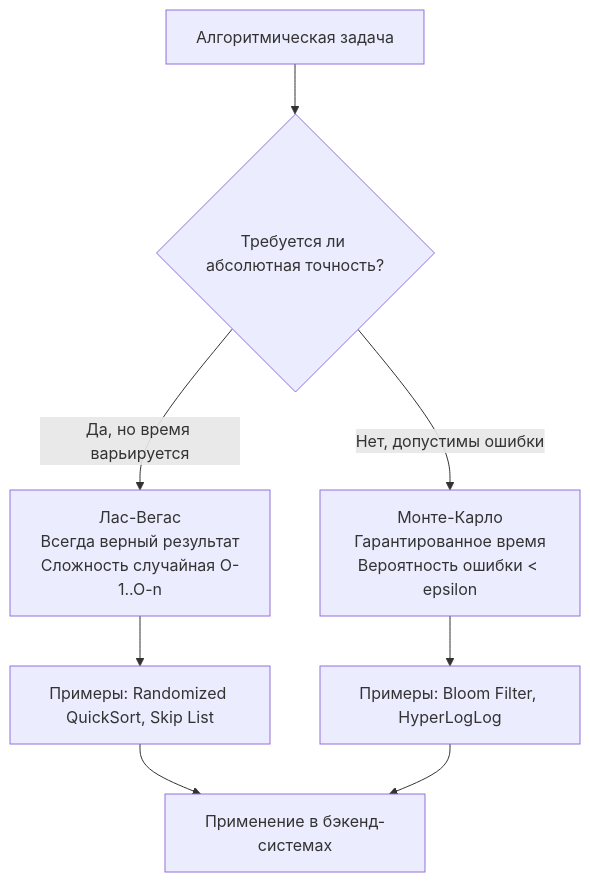
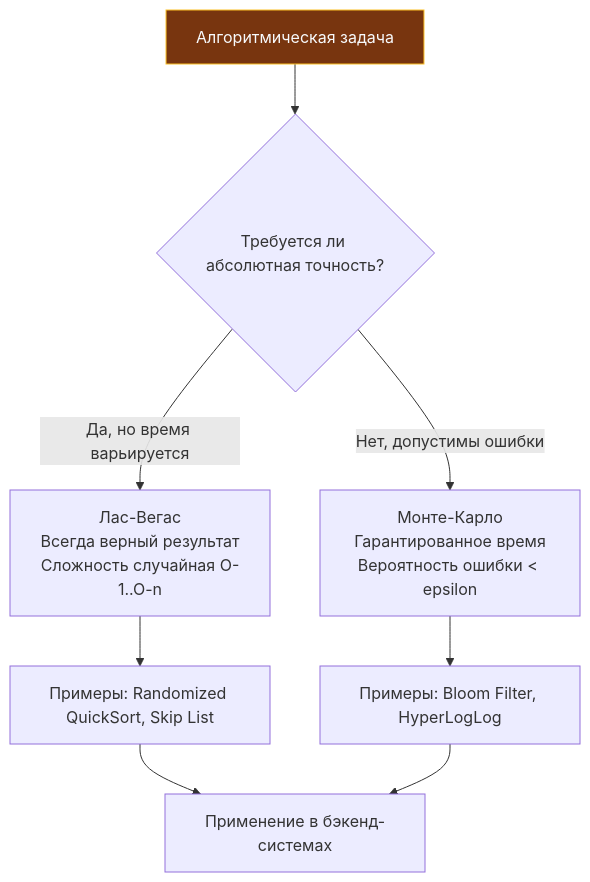
The first of 2 diagrams in sources/21. Задачи с LeetCode и собеседований на Go/02. Задачи/27. Рандомизированные алгоритмы/1. Теория. Рандомизированные алгоритмы.md (UnrealTemplier/go-textbook), drawn with Mermaid before and after one commit. The commit also changed other lines of this file and 1666 other files, not shown here.

First line of the commit message:
feat(mermaid): add semantic color classDef to 1369 colorless flowchart/graph diagrams

````diff
--- a/sources/21. Задачи с LeetCode и собеседований на Go/02. Задачи/27. Рандомизированные алгоритмы/1. Теория. Рандомизированные алгоритмы.md
+++ b/sources/21. Задачи с LeetCode и собеседований на Go/02. Задачи/27. Рандомизированные алгоритмы/1. Теория. Рандомизированные алгоритмы.md
@@ -5,10 +5,20 @@
 ```mermaid
 flowchart TD
-  A["Алгоритмическая задача"] --> B{"Требуется ли абсолютная точность?"}
+    classDef process  fill:#1e293b,stroke:#38bdf8,stroke-width:1px,color:#f8fafc
+    classDef success  fill:#064e3b,stroke:#34d399,stroke-width:1px,color:#f8fafc
+    classDef error    fill:#7f1d1d,stroke:#f87171,stroke-width:1px,color:#f8fafc
+    classDef warning  fill:#78350f,stroke:#fbbf24,stroke-width:1px,color:#f8fafc
+    classDef entry    fill:#1e3a5f,stroke:#38bdf8,stroke-width:2px,color:#f8fafc
+    classDef aux      fill:#334155,stroke:#64748b,stroke-width:1px,color:#f8fafc
+    classDef system   fill:#312e81,stroke:#a78bfa,stroke-width:1px,color:#f8fafc
+    classDef data     fill:#132d29,stroke:#2dd4bf,stroke-width:1px,color:#f8fafc
+    classDef network  fill:#881337,stroke:#fb7185,stroke-width:1px,color:#f8fafc
+    classDef accent   fill:#1e1b4b,stroke:#818cf8,stroke-width:1px,color:#f8fafc
+  A["Алгоритмическая задача"]:::warning --> B{"Требуется ли абсолютная точность?"}
   B -->|Да, но время варьируется| C["Лас-Вегас<br>Всегда верный результат<br>Сложность случайная O-1..O-n"]
   B -->|Нет, допустимы ошибки| D["Монте-Карло<br>Гарантированное время<br>Вероятность ошибки < epsilon"]
   C --> E["Примеры: Randomized QuickSort, Skip List"]
   D --> F["Примеры: Bloom Filter, HyperLogLog"]
   E --> G["Применение в бэкенд-системах"]
   F --> G
 ```
````
